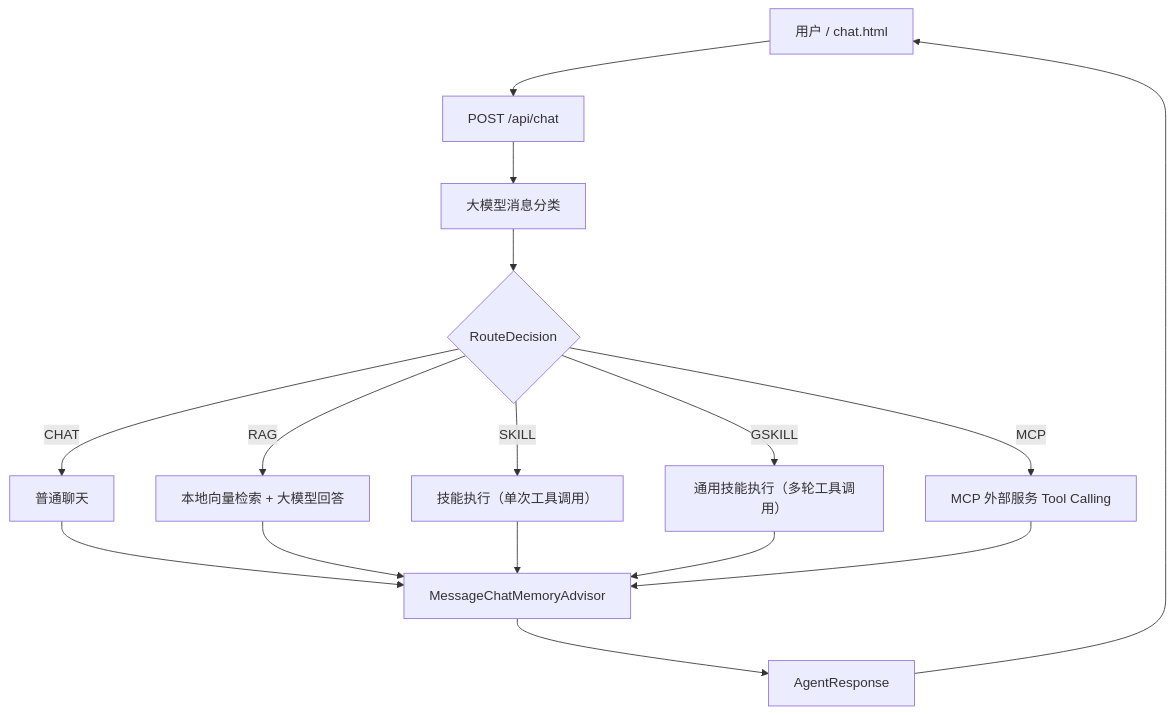
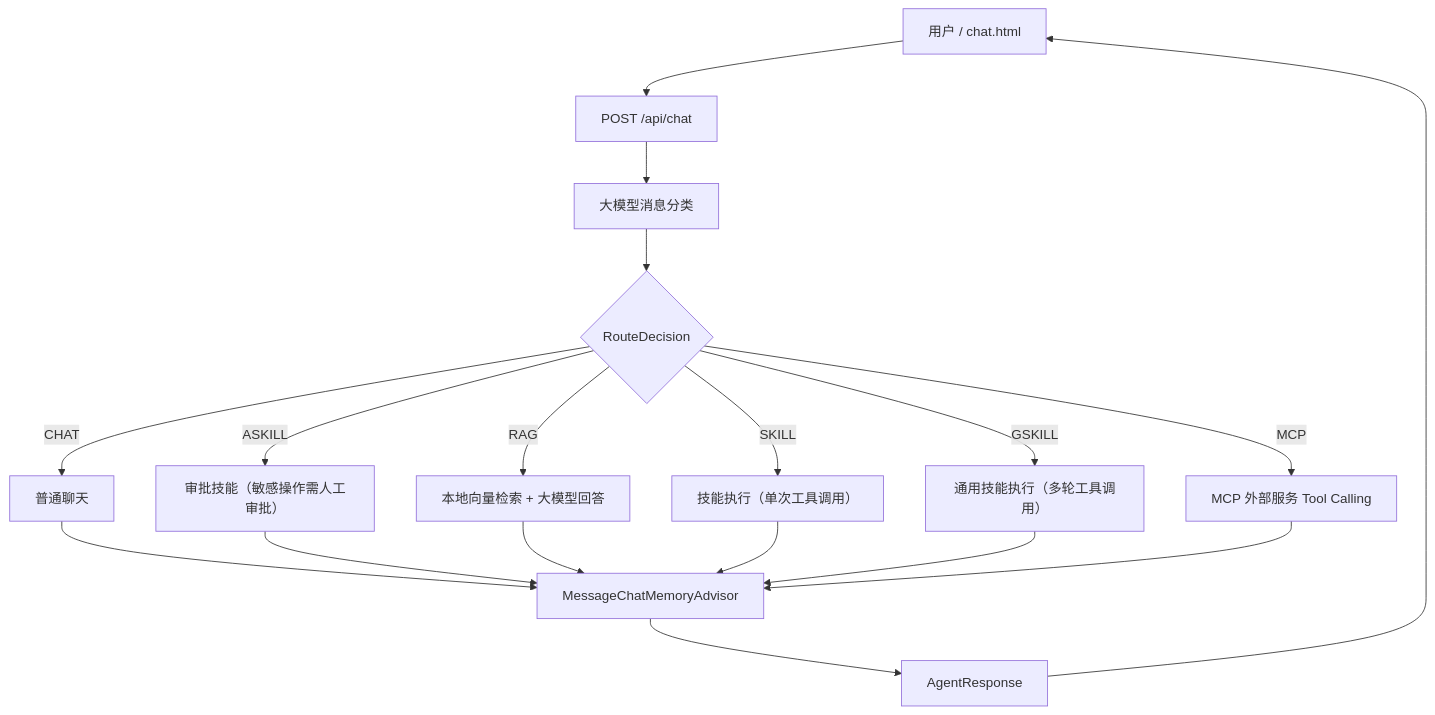
One commit to hdwang123/sagent changed the diagram in README.md. Above: the diagram before and after it, drawn with Mermaid.

Commit message:
docs: add ASKILL to mermaid diagram and project structure

````diff
--- a/README.md
+++ b/README.md
@@ -44,18 +44,20 @@
 ```mermaid
 flowchart TD
     U["用户 / chat.html"] --> C["POST /api/chat"]
     C --> R["大模型消息分类"]
     R --> D{"RouteDecision"}
     D -->|"CHAT"| CH["普通聊天"]
+    D -->|"ASKILL"| AS["审批技能（敏感操作需人工审批）"]
     D -->|"RAG"| RA["本地向量检索 + 大模型回答"]
     D -->|"SKILL"| SK["技能执行（单次工具调用）"]
     D -->|"GSKILL"| GS["通用技能执行（多轮工具调用）"]
     D -->|"MCP"| MC["MCP 外部服务 Tool Calling"]
     CH --> M["MessageChatMemoryAdvisor"]
+    AS --> M
     RA --> M
     SK --> M
     GS --> M
     MC --> M
     M --> A["AgentResponse"]
     A --> U
 ```
````
